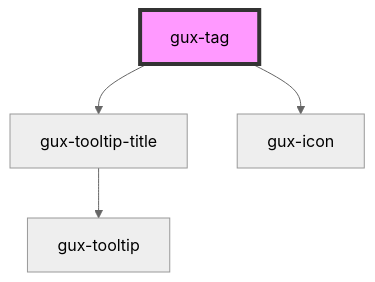
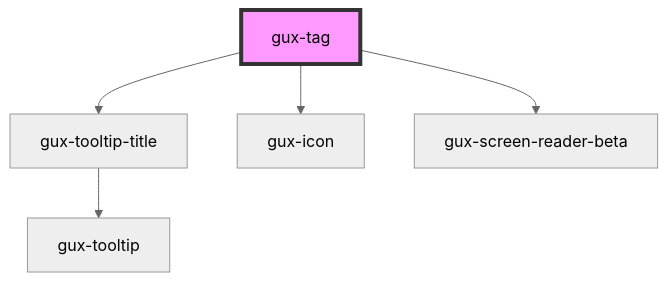
The diagram in packages/genesys-spark-components/src/components/stable/gux-tag/readme.md (MyPureCloud/genesys-spark), drawn with Mermaid (neutral theme) before and after one commit. The commit also changed other lines of this file and 4 other files, not shown here.

````diff
--- a/packages/genesys-spark-components/src/components/stable/gux-tag/readme.md
+++ b/packages/genesys-spark-components/src/components/stable/gux-tag/readme.md
@@ -41,7 +42,8 @@
 ```mermaid
 graph TD;
   gux-tag --> gux-tooltip-title
   gux-tag --> gux-icon
+  gux-tag --> gux-screen-reader-beta
   gux-tooltip-title --> gux-tooltip
   style gux-tag fill:#f9f,stroke:#333,stroke-width:4px
 ```
````
